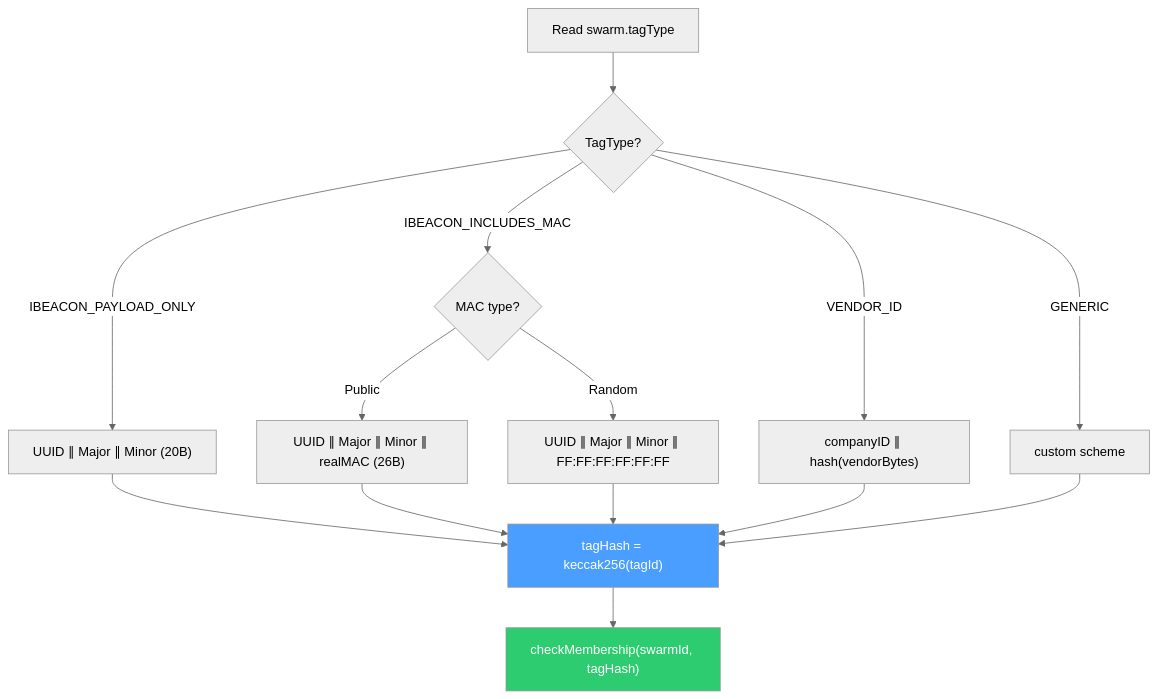
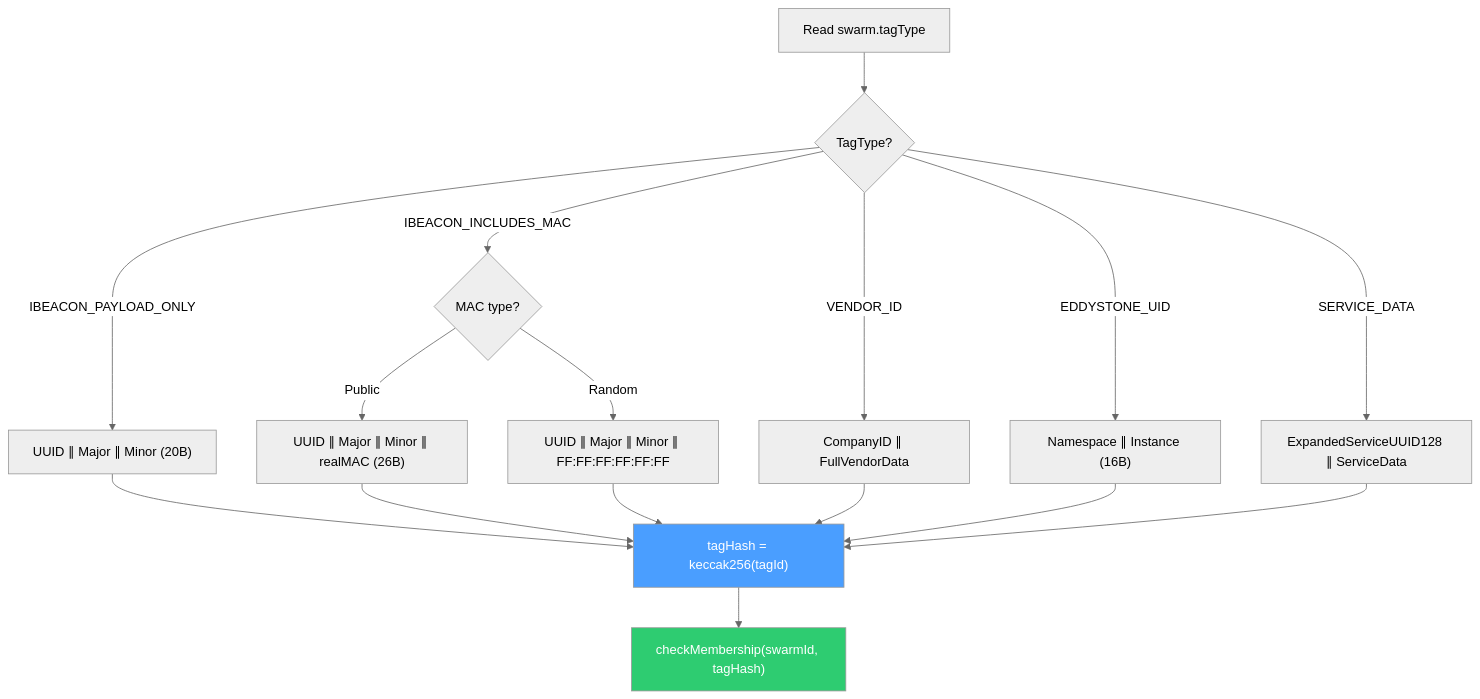
Before and after one commit to NodleCode/rollup: the second of 2 diagrams in src/swarms/doc/discovery.md, drawn with Mermaid (neutral theme). The commit also changed 7 other files, not shown here.

````diff
--- a/src/swarms/doc/discovery.md
+++ b/src/swarms/doc/discovery.md
@@ -73,23 +73,25 @@
 ```mermaid
 flowchart TD
     A[Read swarm.tagType] --> B{TagType?}
 
     B -->|IBEACON_PAYLOAD_ONLY| C["UUID ∥ Major ∥ Minor (20B)"]
     B -->|IBEACON_INCLUDES_MAC| D{MAC type?}
-    B -->|VENDOR_ID| E["companyID ∥ hash(vendorBytes)"]
-    B -->|GENERIC| F["custom scheme"]
+    B -->|VENDOR_ID| E["CompanyID ∥ FullVendorData"]
+    B -->|EDDYSTONE_UID| F["Namespace ∥ Instance (16B)"]
+    B -->|SERVICE_DATA| K["ExpandedServiceUUID128 ∥ ServiceData"]
 
     D -->|Public| G["UUID ∥ Major ∥ Minor ∥ realMAC (26B)"]
     D -->|Random| H["UUID ∥ Major ∥ Minor ∥ FF:FF:FF:FF:FF:FF"]
 
     C --> I["tagHash = keccak256(tagId)"]
     G --> I
     H --> I
     E --> I
     F --> I
+    K --> I
 
     I --> J["checkMembership(swarmId, tagHash)"]
 
     style I fill:#4a9eff,color:#fff
     style J fill:#2ecc71,color:#fff
 ```
````
